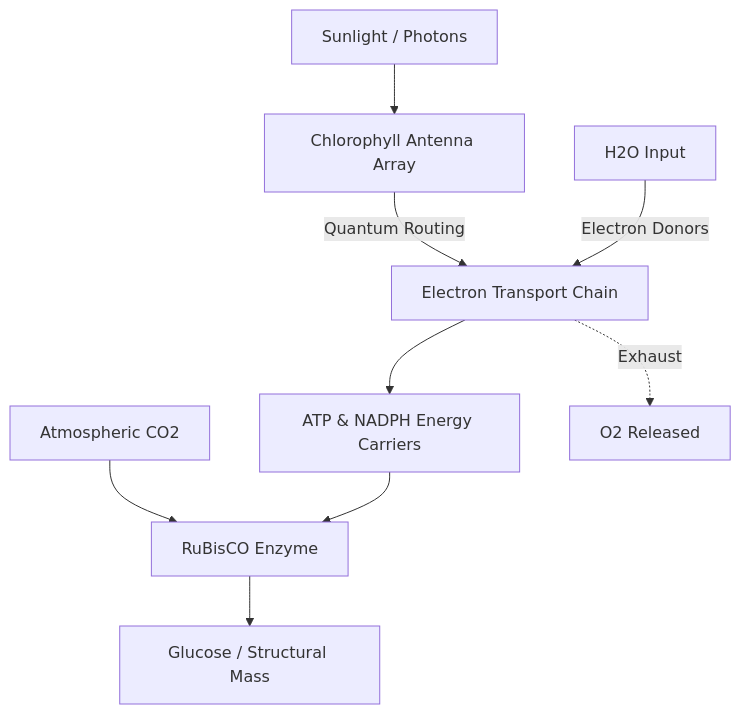
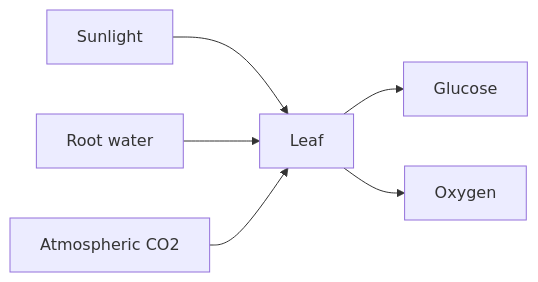
The diagram in drishti/studies/PHOTOSYNTHESIS/README.md (07AMIT10/chaitra), drawn with Mermaid before and after one commit. The commit also changed other lines of this file and 54 other files, not shown here.

````diff
--- a/drishti/studies/PHOTOSYNTHESIS/README.md
+++ b/drishti/studies/PHOTOSYNTHESIS/README.md
@@ -17,13 +13,8 @@
 ```mermaid
-flowchart TD
-  Sun[Sunlight / Photons] --> Antenna[Chlorophyll Antenna Array]
-  Antenna -->|Quantum Routing| Excitation[Electron Transport Chain]
-  Water[H2O Input] -->|Electron Donors| Excitation
-  Excitation --> ATP[ATP & NADPH Energy Carriers]
-
-  CO2[Atmospheric CO2] --> Rubisco[RuBisCO Enzyme]
-  ATP --> Rubisco
-  Rubisco --> Sugar[Glucose / Structural Mass]
-
-  Excitation -.->|Exhaust| O2[O2 Released]
+flowchart LR
+  Sun[Sunlight] --> Leaf[Leaf]
+  H2O[Root water] --> Leaf
+  CO2[Atmospheric CO2] --> Leaf
+  Leaf --> Sugar[Glucose]
+  Leaf --> O2[Oxygen]
 ```
````
